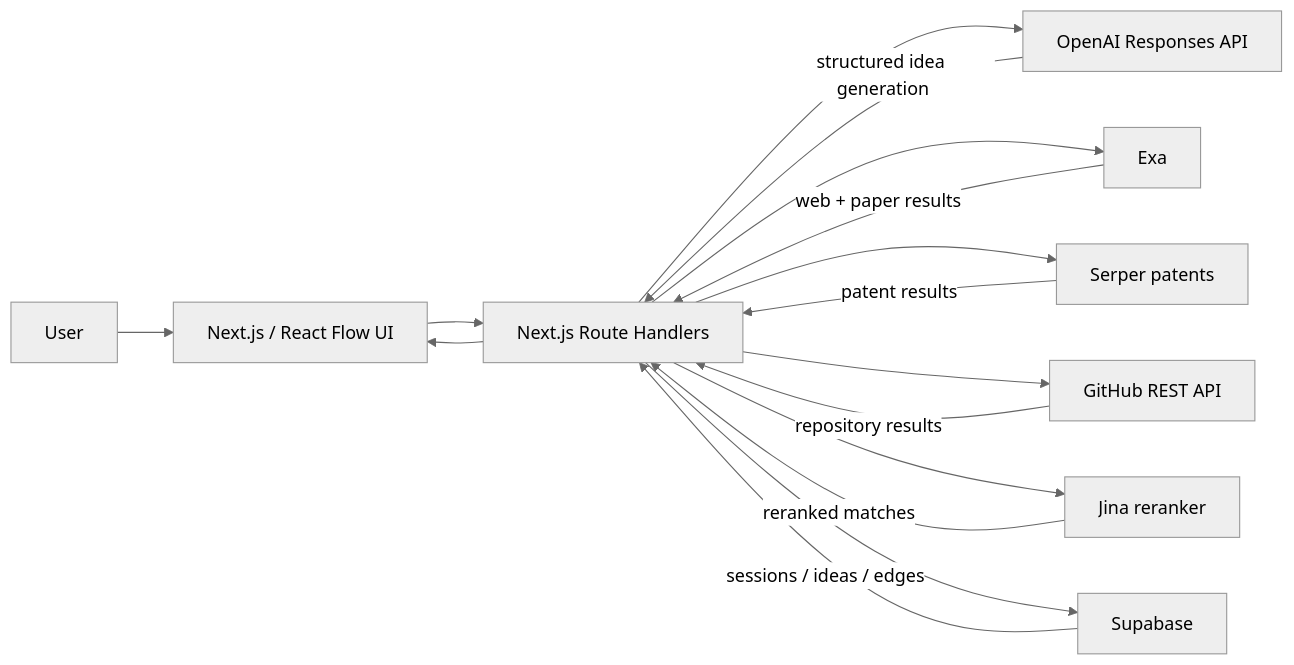
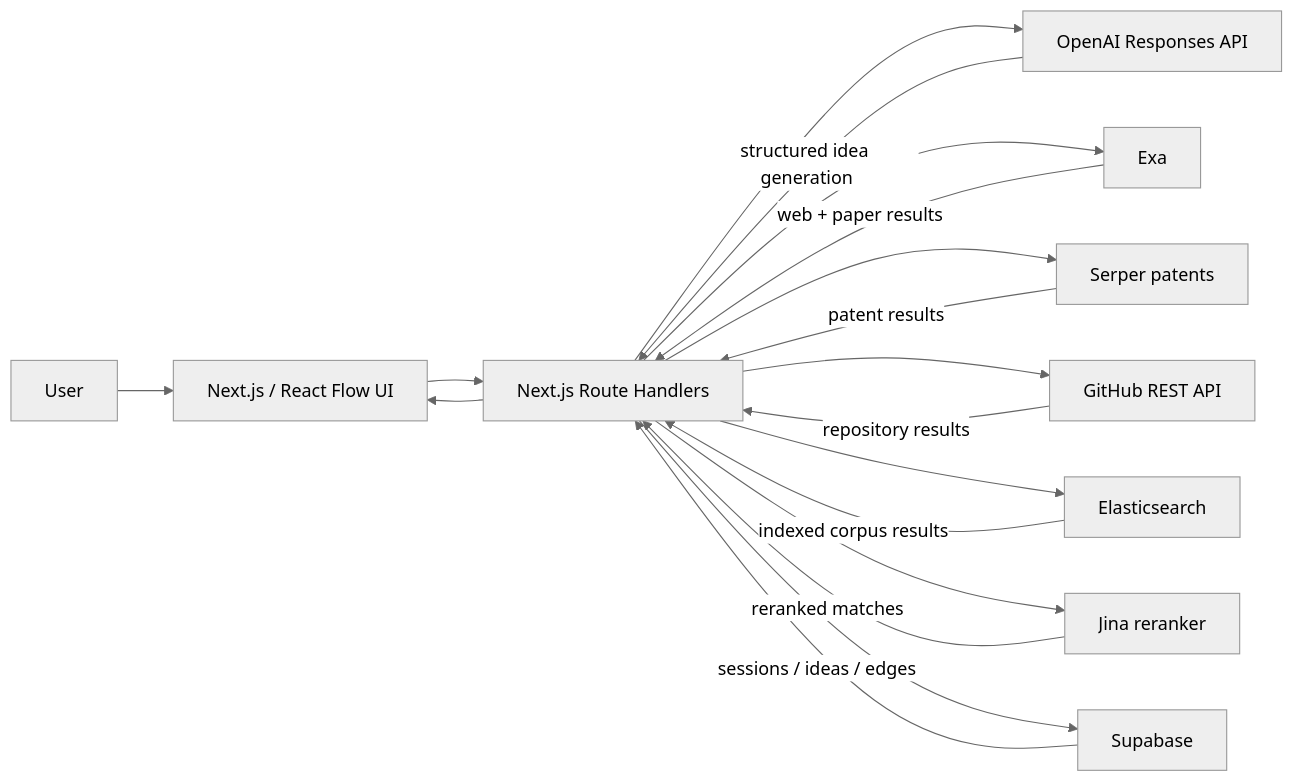
Before and after one commit to frank-shen-07/Synaptic: the first of 2 diagrams in docs/architecture.md, drawn with Mermaid (neutral theme). The commit also changed other lines of this file and 6 other files, not shown here.

````diff
--- a/docs/architecture.md
+++ b/docs/architecture.md
@@ -9,19 +9,21 @@
 ```mermaid
 flowchart LR
     U[User] --> F[Next.js / React Flow UI]
     F --> A[Next.js Route Handlers]
     A --> O[OpenAI Responses API]
     A --> X[Exa]
     A --> P[Serper patents]
     A --> G[GitHub REST API]
+    A --> E[Elasticsearch]
     A --> J[Jina reranker]
     A --> S[Supabase]
 
     O -->|structured idea generation| A
     X -->|web + paper results| A
     P -->|patent results| A
     G -->|repository results| A
+    E -->|indexed corpus results| A
     J -->|reranked matches| A
     S -->|sessions / ideas / edges| A
     A --> F
 ```
````
